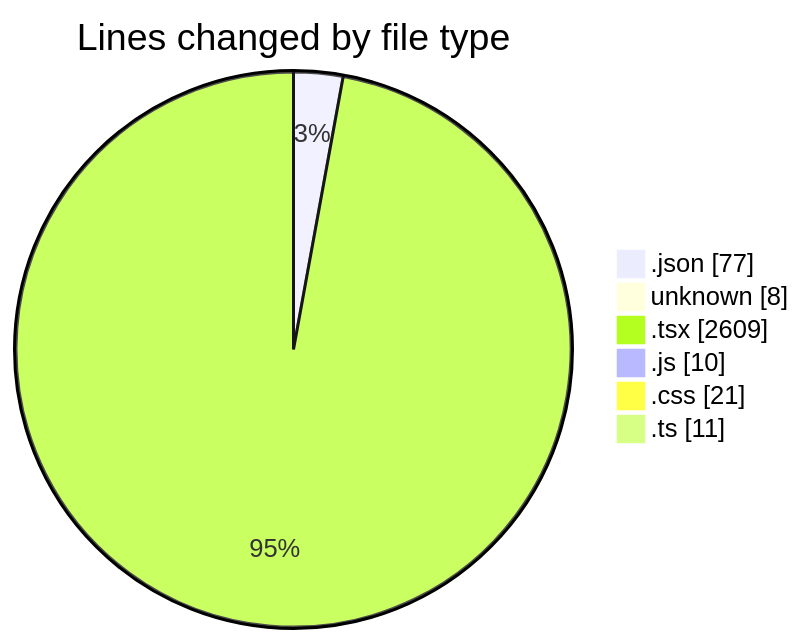
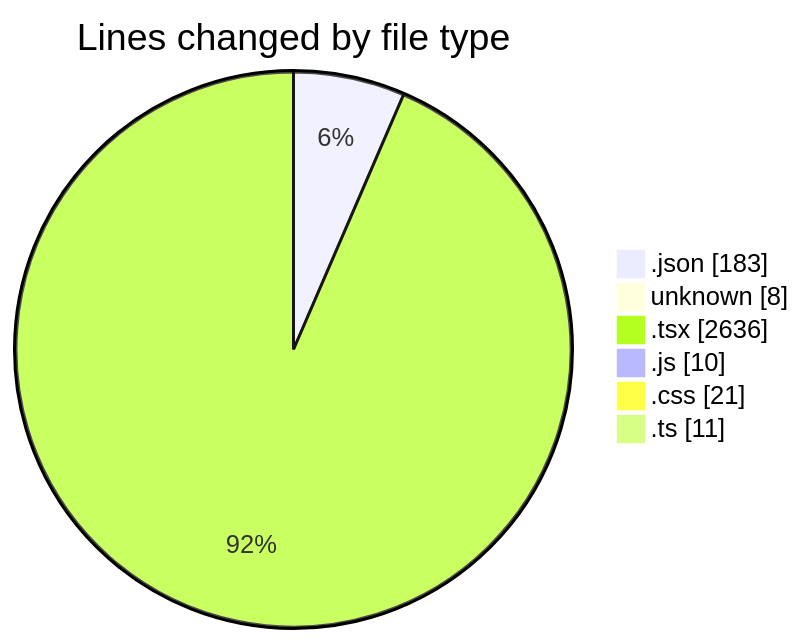
The first of 2 diagrams in 2025-05-02/niten/README.md (Elitesun/code-tracking), drawn with Mermaid before and after one commit. The commit also changed other lines of this file and 1 other file, not shown here.

````diff
--- a/2025-05-02/niten/README.md
+++ b/2025-05-02/niten/README.md
@@ -39,10 +40,10 @@
 ```mermaid
 pie showData
 title Lines changed by file type
-".json" : 77
+".json" : 183
 "unknown" : 8
-".tsx" : 2609
+".tsx" : 2636
 ".js" : 10
 ".css" : 21
 ".ts" : 11
 ```
````
